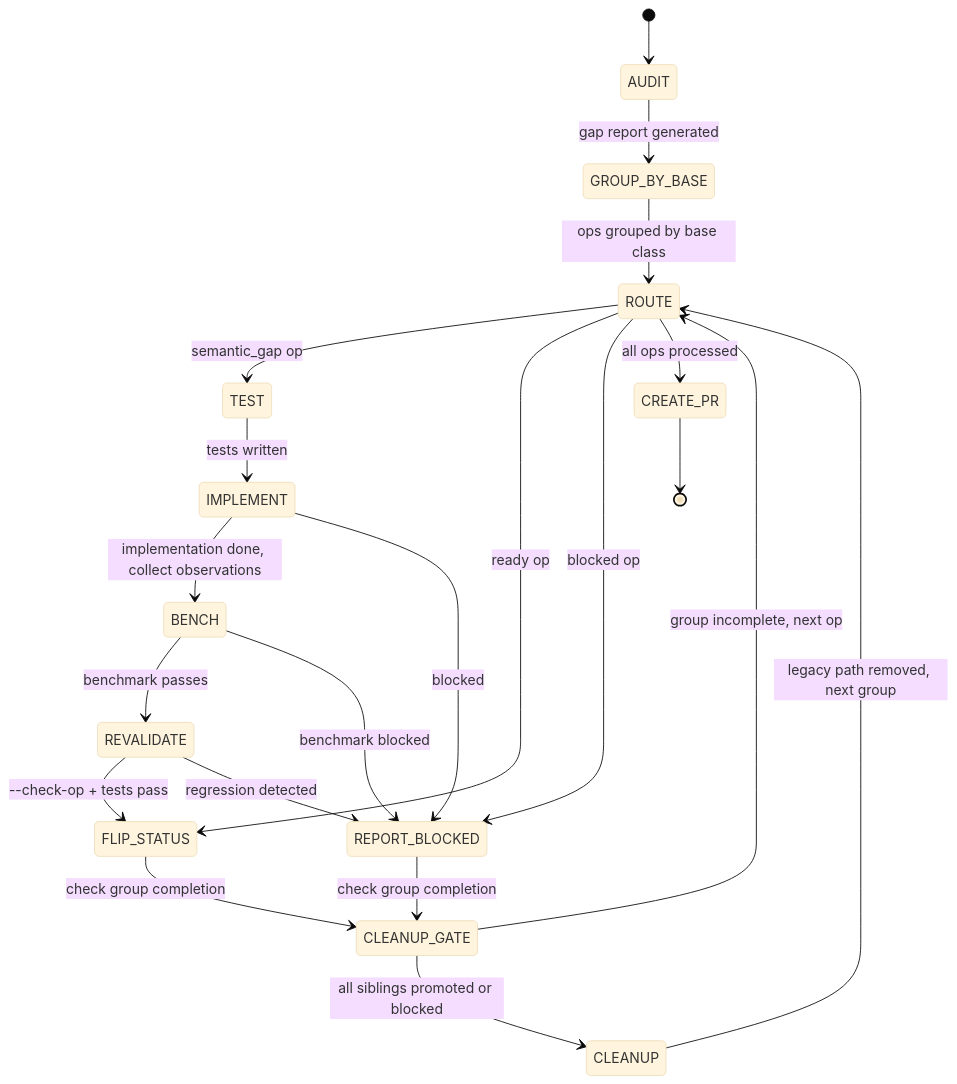
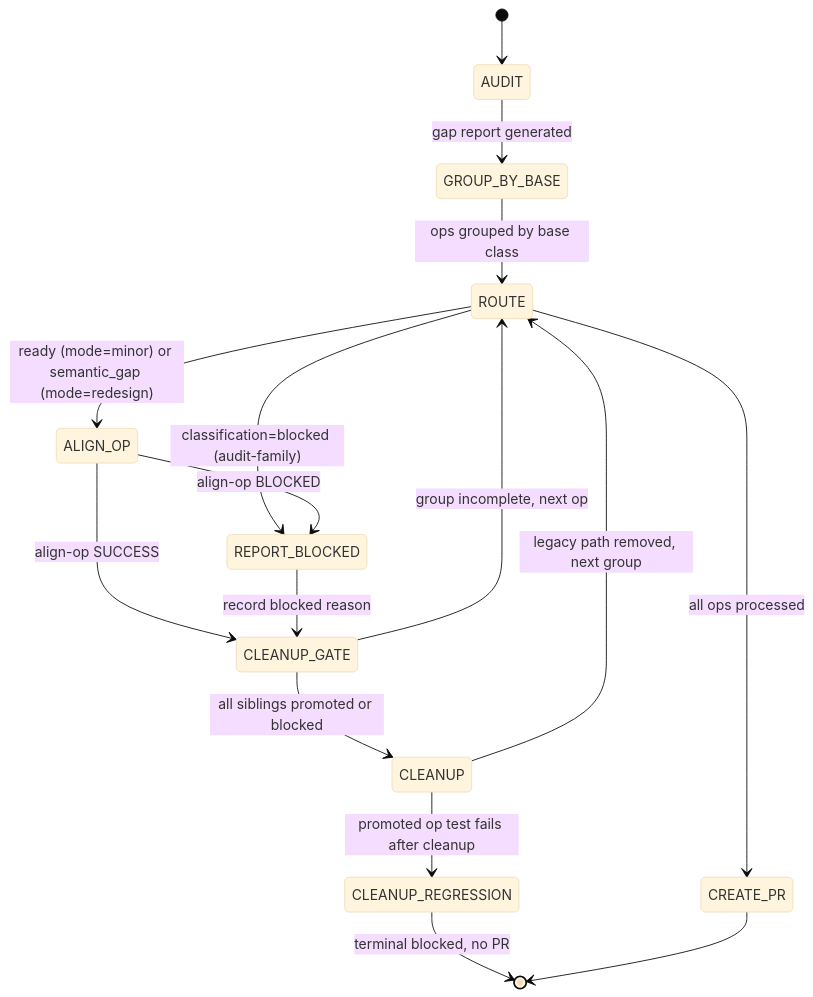
The diagram in .claude/skills/align-family/SKILL.md (tile-ai/TileOPs), drawn with Mermaid (base theme) before and after one commit. The commit also changed other lines of this file and 1 other file, not shown here.

First line of the commit message:
[Refactor][Skills] delegate align-family per-op loop to align-op (#1049)

````diff
--- a/.claude/skills/align-family/SKILL.md
+++ b/.claude/skills/align-family/SKILL.md
@@ -24,23 +33,18 @@
 ```mermaid
 stateDiagram-v2
     [*] --> AUDIT
     AUDIT --> GROUP_BY_BASE: gap report generated
     GROUP_BY_BASE --> ROUTE: ops grouped by base class
-    ROUTE --> TEST: semantic_gap op
-    ROUTE --> FLIP_STATUS: ready op
-    ROUTE --> REPORT_BLOCKED: blocked op
-    TEST --> IMPLEMENT: tests written
-    IMPLEMENT --> BENCH: implementation done, collect observations
-    IMPLEMENT --> REPORT_BLOCKED: blocked
-    BENCH --> REVALIDATE: benchmark passes
-    BENCH --> REPORT_BLOCKED: benchmark blocked
-    REVALIDATE --> FLIP_STATUS: --check-op + tests pass
-    REVALIDATE --> REPORT_BLOCKED: regression detected
-    FLIP_STATUS --> CLEANUP_GATE: check group completion
-    REPORT_BLOCKED --> CLEANUP_GATE: check group completion
+    ROUTE --> ALIGN_OP: ready (mode=minor) or semantic_gap (mode=redesign)
+    ROUTE --> REPORT_BLOCKED: classification=blocked (audit-family)
+    ALIGN_OP --> CLEANUP_GATE: align-op SUCCESS
+    ALIGN_OP --> REPORT_BLOCKED: align-op BLOCKED
+    REPORT_BLOCKED --> CLEANUP_GATE: record blocked reason
     CLEANUP_GATE --> ROUTE: group incomplete, next op
     CLEANUP_GATE --> CLEANUP: all siblings promoted or blocked
     CLEANUP --> ROUTE: legacy path removed, next group
     ROUTE --> CREATE_PR: all ops processed
+    CLEANUP --> CLEANUP_REGRESSION: promoted op test fails after cleanup
+    CLEANUP_REGRESSION --> [*]: terminal blocked, no PR
     CREATE_PR --> [*]
 ```
````
